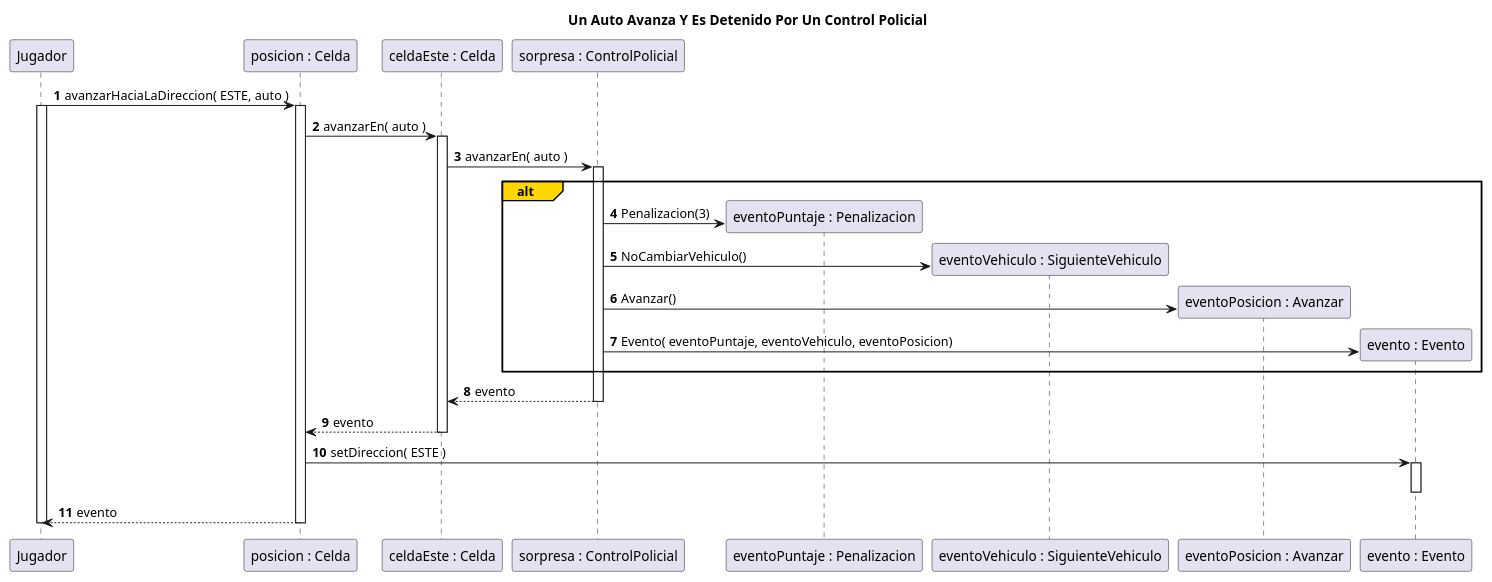
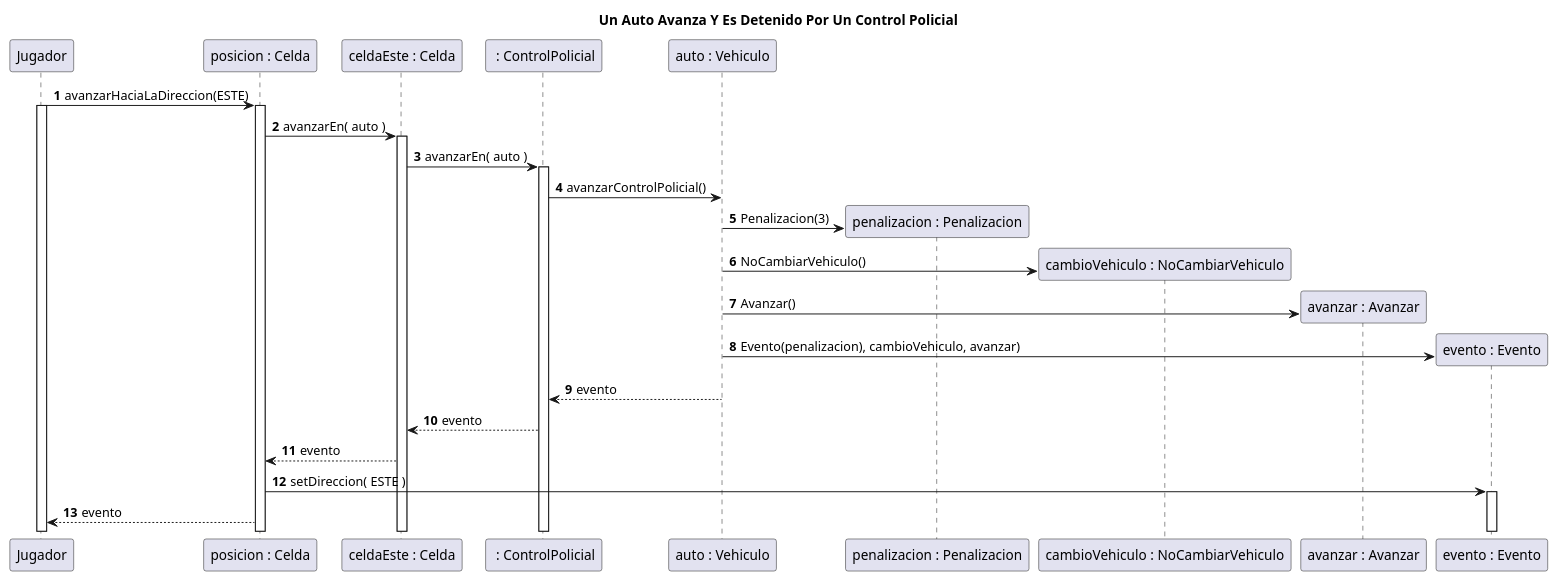
Before and after one commit to rodrigovzq/algo3_tp2: the diagram in diagrams/sequences/entrega3/AutoAvanzaYEsDetenidoporControlPolicial.puml, drawn with PlantUML. The commit also changed 1 other file, not shown here.

Commit message:
Actualize diagrama

```diff
--- a/diagrams/sequences/entrega3/AutoAvanzaYEsDetenidoporControlPolicial.puml
+++ b/diagrams/sequences/entrega3/AutoAvanzaYEsDetenidoporControlPolicial.puml
@@ -1,37 +1,34 @@
 @startuml
 title Un Auto Avanza Y Es Detenido Por Un Control Policial
 
 autonumber
 
-Jugador -> "posicion : Celda"++: avanzarHaciaLaDireccion( ESTE, auto )
+Jugador -> "posicion : Celda"++: avanzarHaciaLaDireccion(ESTE)
 
 activate Jugador
 "posicion : Celda" -> "celdaEste : Celda"++: avanzarEn( auto )
 
 
-"celdaEste : Celda" -> "sorpresa : ControlPolicial"++: avanzarEn( auto )
-alt#Gold
-create "eventoPuntaje : Penalizacion"
-"sorpresa : ControlPolicial"-> "eventoPuntaje : Penalizacion": Penalizacion(3)
+"celdaEste : Celda" -> " : ControlPolicial"++: avanzarEn( auto )
 
-create "eventoVehiculo : SiguienteVehiculo"
-"sorpresa : ControlPolicial" -> "eventoVehiculo : SiguienteVehiculo": NoCambiarVehiculo()
+" : ControlPolicial" -> "auto : Vehiculo": avanzarControlPolicial()
 
-create "eventoPosicion : Avanzar"
-"sorpresa : ControlPolicial"  -> "eventoPosicion : Avanzar": Avanzar()
+create "penalizacion : Penalizacion"
+"auto : Vehiculo"-> "penalizacion : Penalizacion": Penalizacion(3)
+
+create "cambioVehiculo : NoCambiarVehiculo"
+"auto : Vehiculo"-> "cambioVehiculo : NoCambiarVehiculo": NoCambiarVehiculo()
+
+create "avanzar : Avanzar"
+"auto : Vehiculo"-> "avanzar : Avanzar": Avanzar()
 
 create "evento : Evento"
-"sorpresa : ControlPolicial"  -> "evento : Evento": Evento( eventoPuntaje, eventoVehiculo, eventoPosicion)
-end
-"sorpresa : ControlPolicial" --> "celdaEste : Celda"--: evento
+"auto : Vehiculo" -> "evento : Evento": Evento(penalizacion), cambioVehiculo, avanzar)
 
+"auto : Vehiculo" --> " : ControlPolicial": evento
+" : ControlPolicial" --> "celdaEste : Celda": evento
 "celdaEste : Celda" --> "posicion : Celda": evento
-deactivate "celdaEste : Celda"
 "posicion : Celda" -> "evento : Evento"++: setDireccion( ESTE )
-deactivate "evento : Evento"
-
-"posicion : Celda" --> Jugador--: evento
-deactivate Jugador
-
+"posicion : Celda" --> Jugador : evento
 
 @enduml
```
